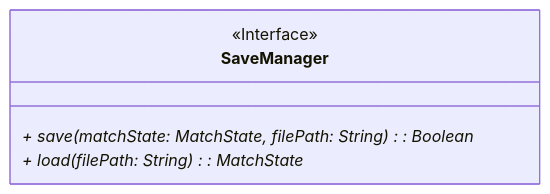
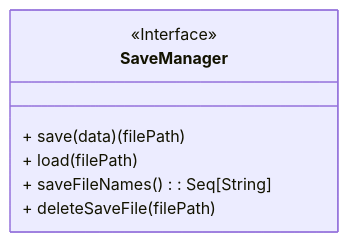
One commit to Borgotto/PPS-25-scalatello changed the fifth of 11 diagrams in docs/report/4-detailed-design.md. Above: the diagram before and after it, drawn with Mermaid. The commit also changed other lines of this file, not shown here.

Commit message:
Update my section of detailed design about SaveManager, Strategy and Player

````diff
--- a/docs/report/4-detailed-design.md
+++ b/docs/report/4-detailed-design.md
@@ -156,7 +141,9 @@
 ```mermaid
 classDiagram
-    class SaveManager <<Interface>> {
-        + save(matchState: MatchState, filePath: String)*: Boolean
-        + load(filePath: String)*: MatchState
-    }
+  class SaveManager <<Interface>> {
+    + save(data)(filePath)
+    + load(filePath)
+    + saveFileNames(): Seq[String]
+    + deleteSaveFile(filePath)
+  }
 ```
````
